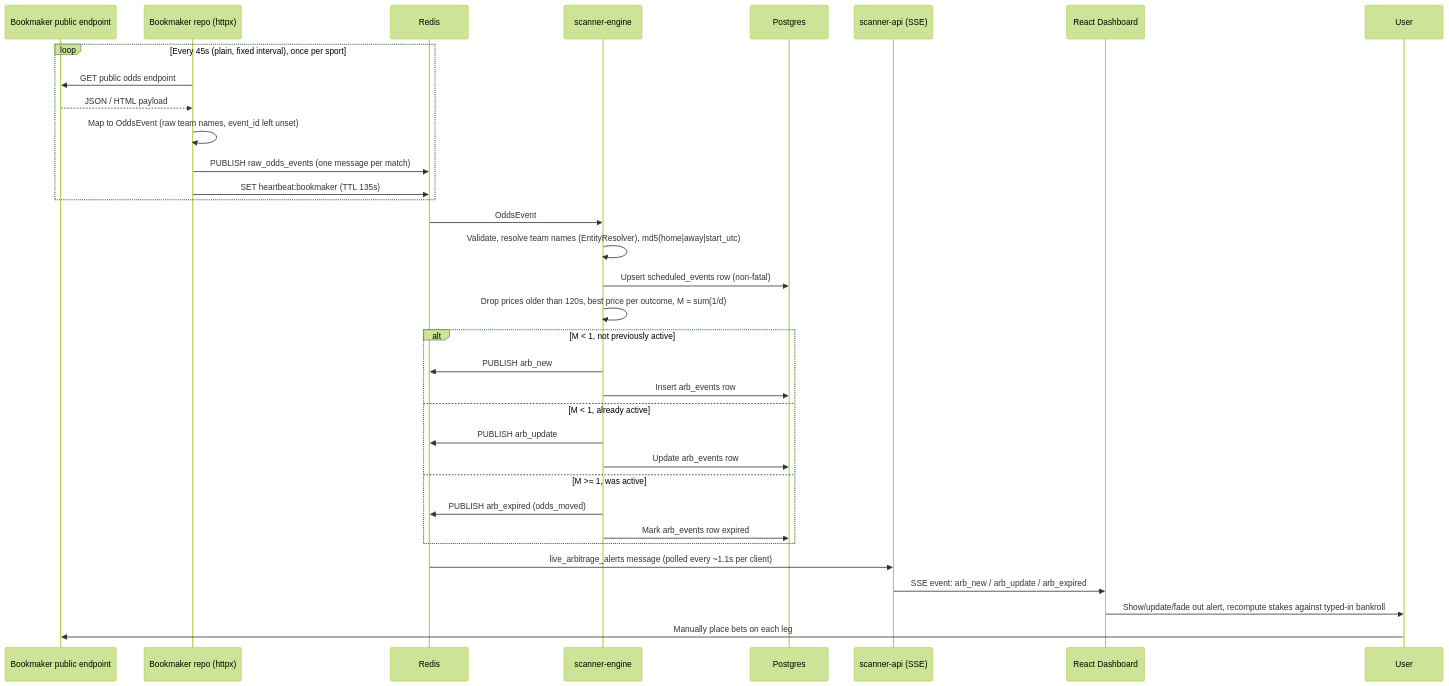
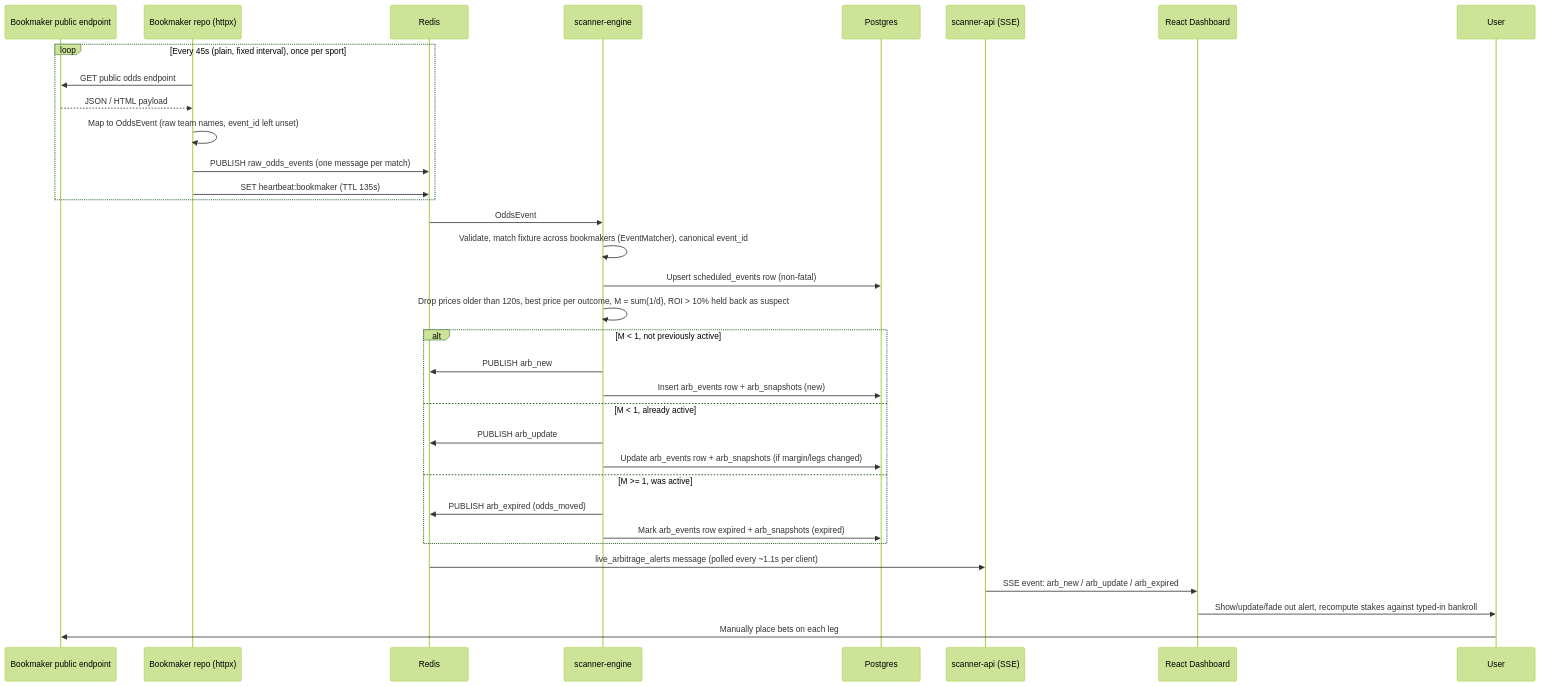
One commit to MadunaCapital/scanner-schemas changed the second of 6 diagrams in docs/architecture-diagrams.md. Above: the diagram before and after it, drawn with Mermaid (forest theme). The commit also changed other lines of this file and 2 other files, not shown here.

First line of the commit message:
As-built docs: rebuilt fixture matching, arb_snapshots, startup migrations

````diff
--- a/docs/architecture-diagrams.md
+++ b/docs/architecture-diagrams.md
@@ -64,37 +64,37 @@
 ```mermaid
 sequenceDiagram
     participant BM as Bookmaker public endpoint
     participant SC as Bookmaker repo (httpx)
     participant REDIS as Redis
     participant ENG as scanner-engine
     participant PG as Postgres
     participant API as scanner-api (SSE)
     participant UI as React Dashboard
     participant U as User
 
     loop Every 45s (plain, fixed interval), once per sport
         SC->>BM: GET public odds endpoint
         BM-->>SC: JSON / HTML payload
         SC->>SC: Map to OddsEvent (raw team names, event_id left unset)
         SC->>REDIS: PUBLISH raw_odds_events (one message per match)
         SC->>REDIS: SET heartbeat:bookmaker (TTL 135s)
     end
     REDIS->>ENG: OddsEvent
-    ENG->>ENG: Validate, resolve team names (EntityResolver), md5(home|away|start_utc)
+    ENG->>ENG: Validate, match fixture across bookmakers (EventMatcher), canonical event_id
     ENG->>PG: Upsert scheduled_events row (non-fatal)
-    ENG->>ENG: Drop prices older than 120s, best price per outcome, M = sum(1/d)
+    ENG->>ENG: Drop prices older than 120s, best price per outcome, M = sum(1/d), ROI > 10% held back as suspect
     alt M < 1, not previously active
         ENG->>REDIS: PUBLISH arb_new
-        ENG->>PG: Insert arb_events row
+        ENG->>PG: Insert arb_events row + arb_snapshots (new)
     else M < 1, already active
         ENG->>REDIS: PUBLISH arb_update
-        ENG->>PG: Update arb_events row
+        ENG->>PG: Update arb_events row + arb_snapshots (if margin/legs changed)
     else M >= 1, was active
         ENG->>REDIS: PUBLISH arb_expired (odds_moved)
-        ENG->>PG: Mark arb_events row expired
+        ENG->>PG: Mark arb_events row expired + arb_snapshots (expired)
     end
     REDIS->>API: live_arbitrage_alerts message (polled every ~1.1s per client)
     API->>UI: SSE event: arb_new / arb_update / arb_expired
     UI->>U: Show/update/fade out alert, recompute stakes against typed-in bankroll
     U->>BM: Manually place bets on each leg
 ```
````
